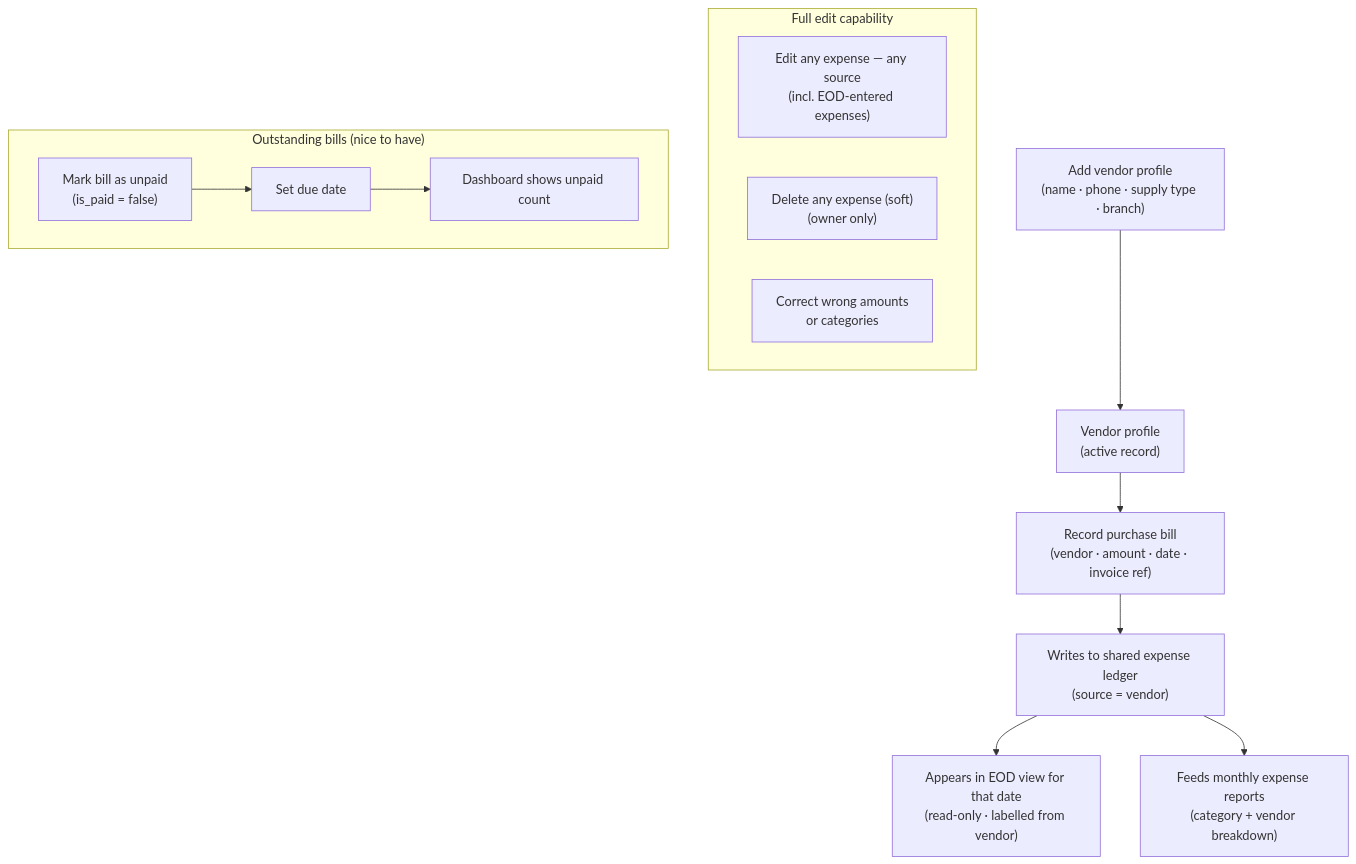
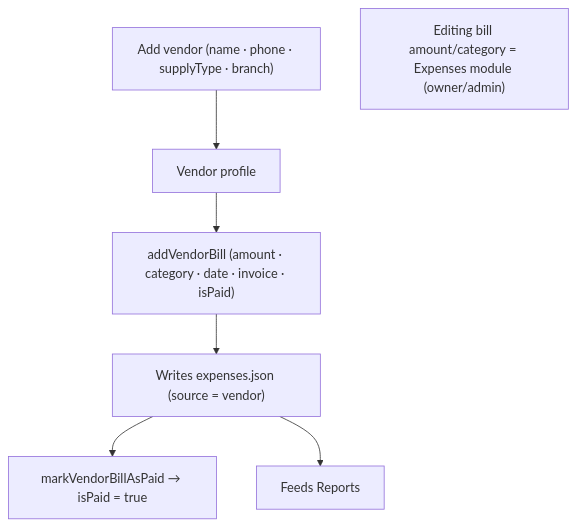
Before and after one commit to AbhishekS-381/Sree-Vaishnaves-Management: diagram 11 of 14 in Documentations/MODULE-MAPS.md, drawn with Mermaid. The commit also changed other lines of this file and 33 other files, not shown here.

````diff
--- a/Documentations/MODULE-MAPS.md
+++ b/Documentations/MODULE-MAPS.md
@@ -528,25 +266,11 @@
 ```mermaid
 flowchart TD
-  ADD_VEN["Add vendor profile\n(name · phone · supply type · branch)"]
-  VEN_PROFILE["Vendor profile\n(active record)"]
-  ADD_VEN --> VEN_PROFILE
-
-  VEN_PROFILE --> BILL["Record purchase bill\n(vendor · amount · date · invoice ref)"]
-  BILL --> LEDGER["Writes to shared expense ledger\n(source = vendor)"]
-
-  LEDGER --> EOD_REFLECT["Appears in EOD view for that date\n(read-only · labelled from vendor)"]
-  LEDGER --> REPORTS["Feeds monthly expense reports\n(category + vendor breakdown)"]
-
-  subgraph FULL_EDIT["Full edit capability"]
-    FE1["Edit any expense — any source\n(incl. EOD-entered expenses)"]
-    FE2["Delete any expense (soft)\n(owner only)"]
-    FE3["Correct wrong amounts\nor categories"]
-  end
-
-  subgraph OUTSTANDING["Outstanding bills (nice to have)"]
-    OB1["Mark bill as unpaid\n(is_paid = false)"]
-    OB2["Set due date"]
-    OB3["Dashboard shows unpaid count"]
-    OB1 --> OB2 --> OB3
-  end
+  ADDV["Add vendor (name · phone · supplyType · branch)"]
+  VP["Vendor profile"]
+  ADDV --> VP
+  VP --> BILL["addVendorBill (amount · category · date · invoice · isPaid)"]
+  BILL --> LEDGER["Writes expenses.json (source = vendor)"]
+  LEDGER --> PAID["markVendorBillAsPaid → isPaid = true"]
+  LEDGER --> REPORTS["Feeds Reports"]
+  note["Editing bill amount/category = Expenses module (owner/admin)"]
 ```
````
